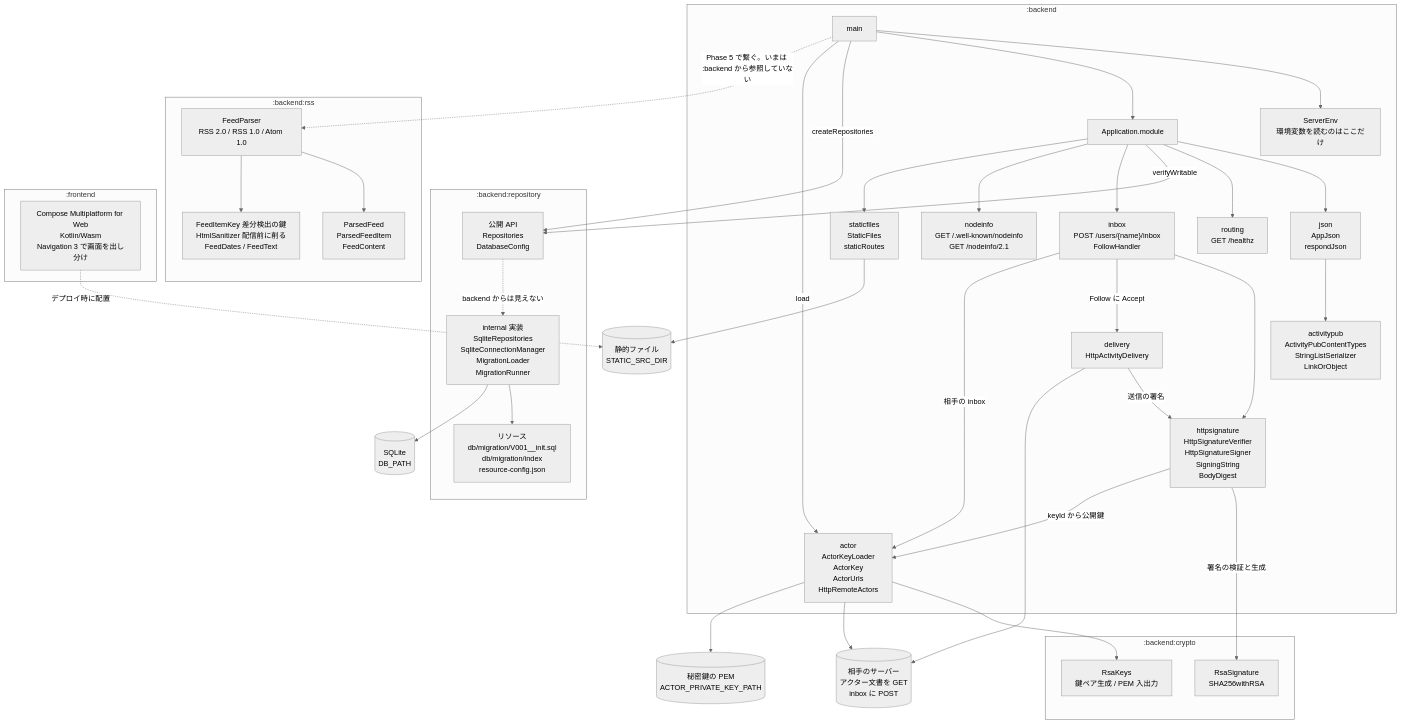
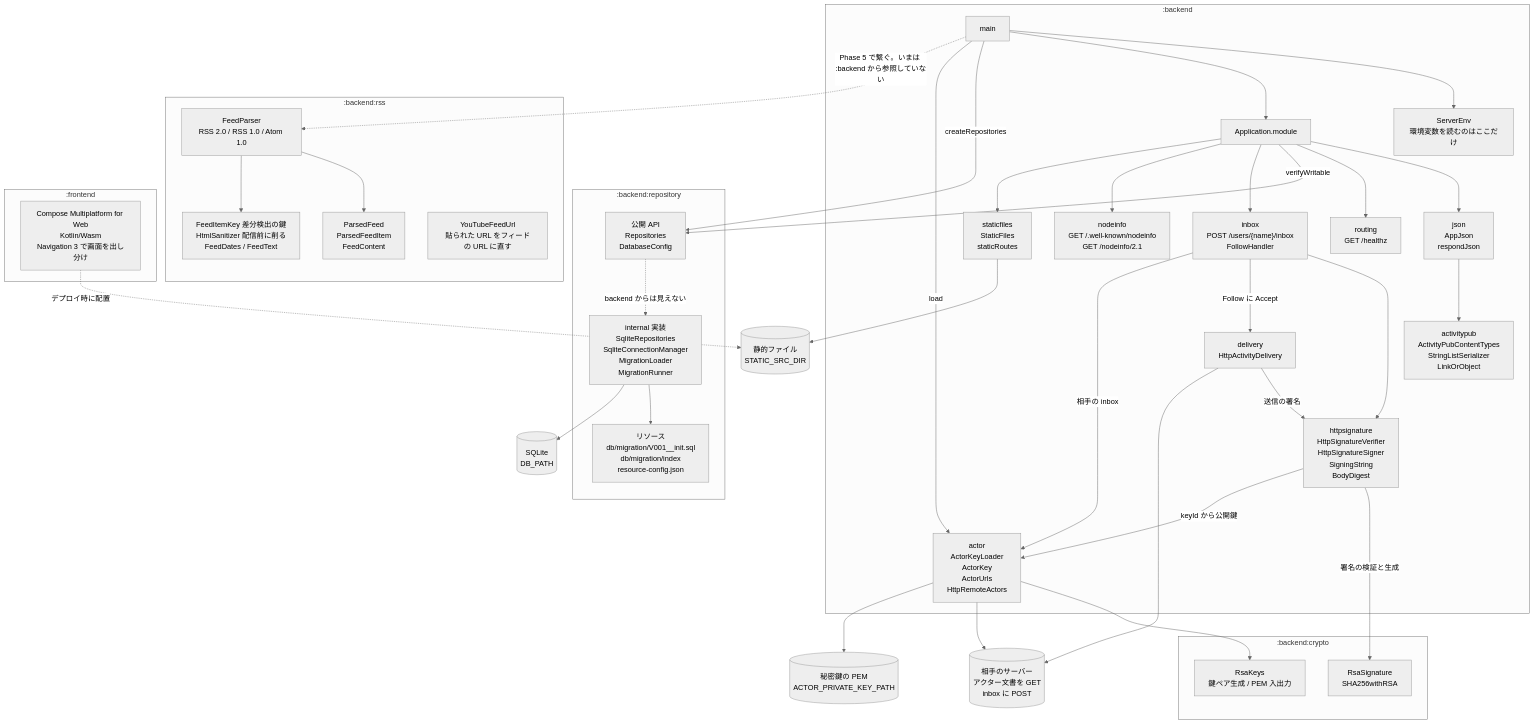
The diagram in README.md (matsudamper/mastodon-rss), drawn with Mermaid (neutral theme) before and after one commit. The commit also changed 3 other files, not shown here.

First line of the commit message:
貼られた URL を YouTube のフィード URL に直す

````diff
--- a/README.md
+++ b/README.md
@@ -14,73 +14,74 @@
 ```mermaid
 flowchart TB
     subgraph backend[":backend"]
         main["main"]
         env["ServerEnv<br/>環境変数を読むのはここだけ"]
         module["Application.module"]
         route["routing<br/>GET /healthz"]
         json["json<br/>AppJson<br/>respondJson"]
         ap["activitypub<br/>ActivityPubContentTypes<br/>StringListSerializer<br/>LinkOrObject"]
         actor["actor<br/>ActorKeyLoader<br/>ActorKey<br/>ActorUrls<br/>HttpRemoteActors"]
         inbox["inbox<br/>POST /users/{name}/inbox<br/>FollowHandler"]
         nodeinfo["nodeinfo<br/>GET /.well-known/nodeinfo<br/>GET /nodeinfo/2.1"]
         sig["httpsignature<br/>HttpSignatureVerifier<br/>HttpSignatureSigner<br/>SigningString<br/>BodyDigest"]
         delivery["delivery<br/>HttpActivityDelivery"]
         static["staticfiles<br/>StaticFiles<br/>staticRoutes"]
     end
 
     subgraph crypto[":backend:crypto"]
         keys["RsaKeys<br/>鍵ペア生成 / PEM 入出力"]
         sign["RsaSignature<br/>SHA256withRSA"]
     end
 
     subgraph repository[":backend:repository"]
         api["公開 API<br/>Repositories<br/>DatabaseConfig"]
         impl["internal 実装<br/>SqliteRepositories<br/>SqliteConnectionManager<br/>MigrationLoader<br/>MigrationRunner"]
         res["リソース<br/>db/migration/V001__init.sql<br/>db/migration/index<br/>resource-config.json"]
     end
 
     subgraph rss[":backend:rss"]
         parser["FeedParser<br/>RSS 2.0 / RSS 1.0 / Atom 1.0"]
         feedmodel["ParsedFeed<br/>ParsedFeedItem<br/>FeedContent"]
         feedutil["FeedItemKey 差分検出の鍵<br/>HtmlSanitizer 配信前に削る<br/>FeedDates / FeedText"]
+        youtube["YouTubeFeedUrl<br/>貼られた URL をフィードの URL に直す"]
     end
 
     subgraph frontend[":frontend"]
         compose["Compose Multiplatform for Web<br/>Kotlin/Wasm<br/>Navigation 3 で画面を出し分け"]
     end
 
     db[("SQLite<br/>DB_PATH")]
 
     main --> env
     main --> module
     module --> json
     module --> route
     json --> ap
     main -->|createRepositories| api
     main -->|load| actor
     module -->|verifyWritable| api
     api -.->|backend からは見えない| impl
     impl --> res
     impl --> db
     actor --> keys
     module --> inbox
     module --> nodeinfo
     inbox --> sig
     inbox -->|Follow に Accept| delivery
     delivery -->|送信の署名| sig
     sig -->|署名の検証と生成| sign
     sig -->|keyId から公開鍵| actor
     inbox -->|相手の inbox| actor
     remote[("相手のサーバー<br/>アクター文書を GET<br/>inbox に POST")]
     actor --> remote
     delivery --> remote
     key[("秘密鍵の PEM<br/>ACTOR_PRIVATE_KEY_PATH")]
     actor --> key
     dist[("静的ファイル<br/>STATIC_SRC_DIR")]
     module --> static
     static --> dist
     compose -.->|デプロイ時に配置| dist
     parser --> feedmodel
     parser --> feedutil
     main -.->|Phase 5 で繋ぐ。いまは :backend から参照していない| parser
 ```
````
